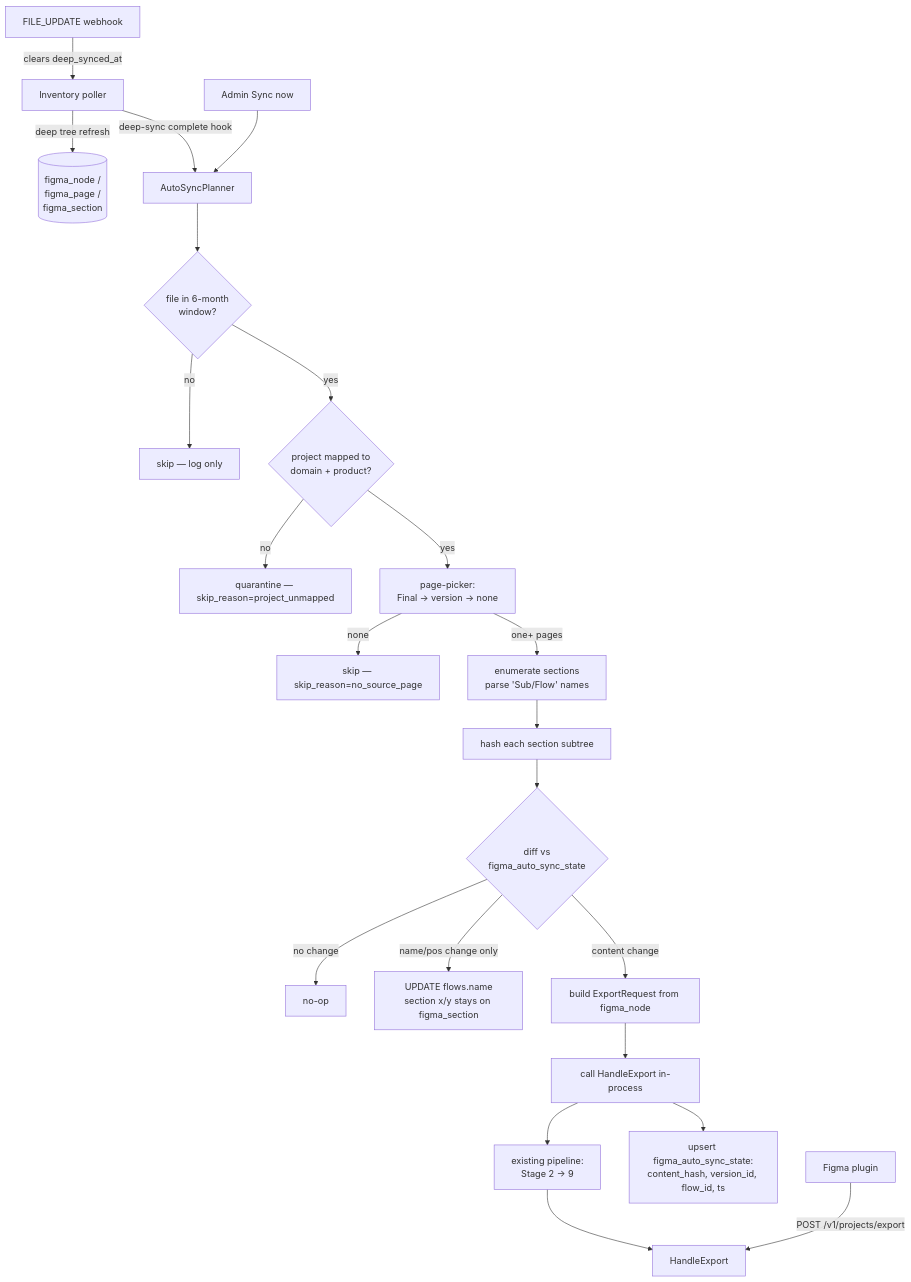
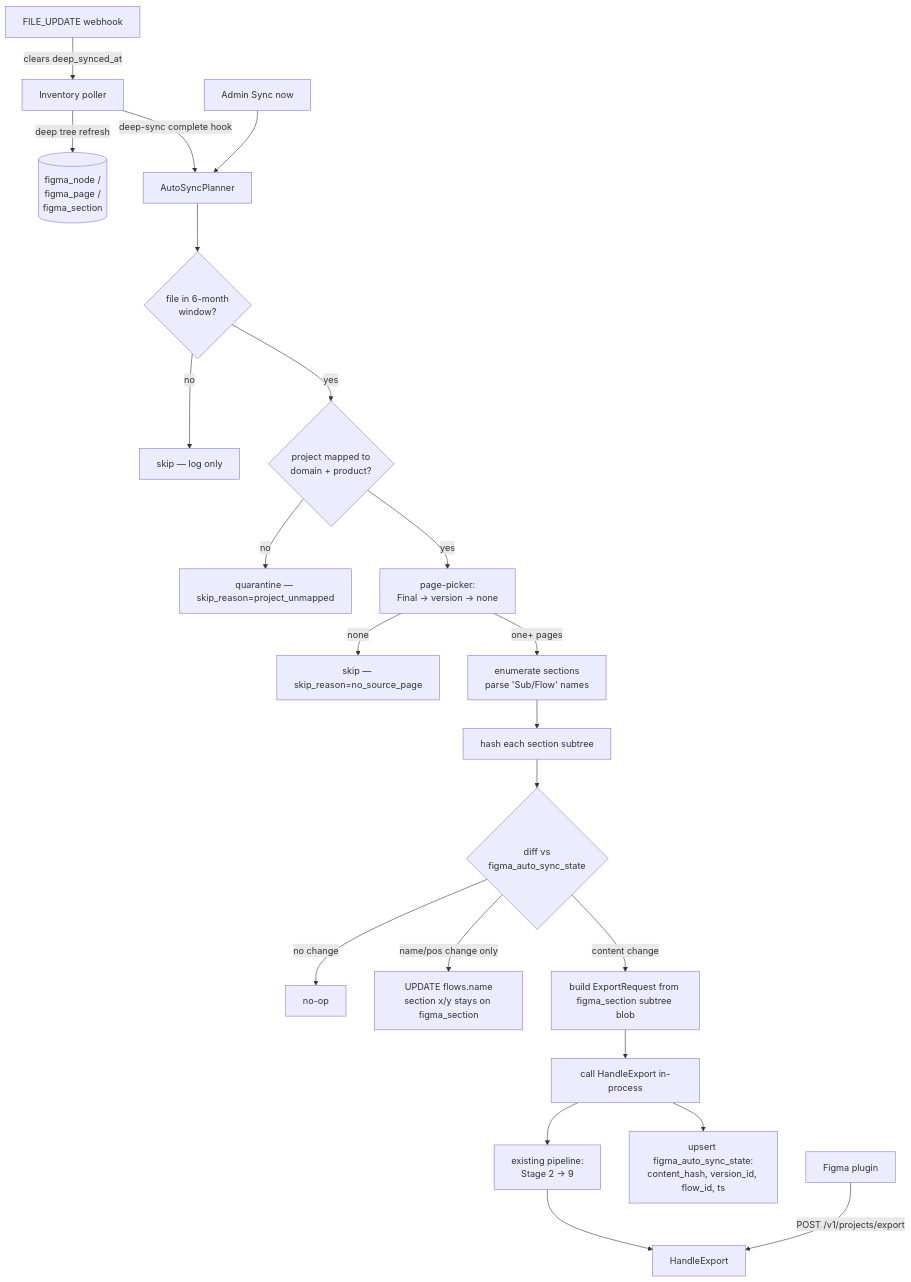
The diagram in docs/plans/2026-05-14-001-feat-figma-db-autosync-bridge-plan.md (chetansahu1998/indmoney-design-system-docs), drawn with Mermaid before and after one commit. The commit also changed other lines of this file and 2 other files, not shown here.

First paragraph of the commit message:
feat(figma-autosync): LoadSectionSubtree blob reader + amend plan 001 U10 (U5)
Plan: docs/plans/2026-05-14-002-feat-figma-section-subtree-blob-plan.md

````diff
--- a/docs/plans/2026-05-14-001-feat-figma-db-autosync-bridge-plan.md
+++ b/docs/plans/2026-05-14-001-feat-figma-db-autosync-bridge-plan.md
@@ -198,29 +198,29 @@
 ```mermaid
 flowchart TD
     %% Triggers
     WH[FILE_UPDATE webhook] -->|clears deep_synced_at| POL[Inventory poller]
     POL -->|deep tree refresh| DB[(figma_node /<br/>figma_page /<br/>figma_section)]
     ADM[Admin Sync now] --> PLAN
     POL -->|deep-sync complete hook| PLAN
 
     %% Planner — the new piece
     PLAN[AutoSyncPlanner] --> CUTOFF{file in 6-month<br/>window?}
     CUTOFF -- no --> SKIP1[skip — log only]
     CUTOFF -- yes --> MAP{project mapped to<br/>domain + product?}
     MAP -- no --> QUARANT[quarantine — skip_reason=project_unmapped]
     MAP -- yes --> PICK[page-picker:<br/>Final → version → none]
     PICK -- none --> SKIP2[skip — skip_reason=no_source_page]
     PICK -- one+ pages --> ENUM[enumerate sections<br/>parse 'Sub/Flow' names]
     ENUM --> HASH[hash each section subtree]
     HASH --> DIFF{diff vs<br/>figma_auto_sync_state}
     DIFF -- no change --> DONE1[no-op]
     DIFF -- name/pos change only --> CHEAP[UPDATE flows.name<br/>section x/y stays on figma_section]
-    DIFF -- content change --> BUILD[build ExportRequest from figma_node]
+    DIFF -- content change --> BUILD[build ExportRequest from figma_section subtree blob]
     BUILD --> CALL[call HandleExport in-process]
     CALL --> EXISTING[existing pipeline:<br/>Stage 2 → 9]
     CALL --> STATE[upsert figma_auto_sync_state:<br/>content_hash, version_id, flow_id, ts]
 
     %% Plugin path stays untouched
     PLUGIN[Figma plugin] -->|POST /v1/projects/export| HE[HandleExport]
     EXISTING --> HE
 ```
````
